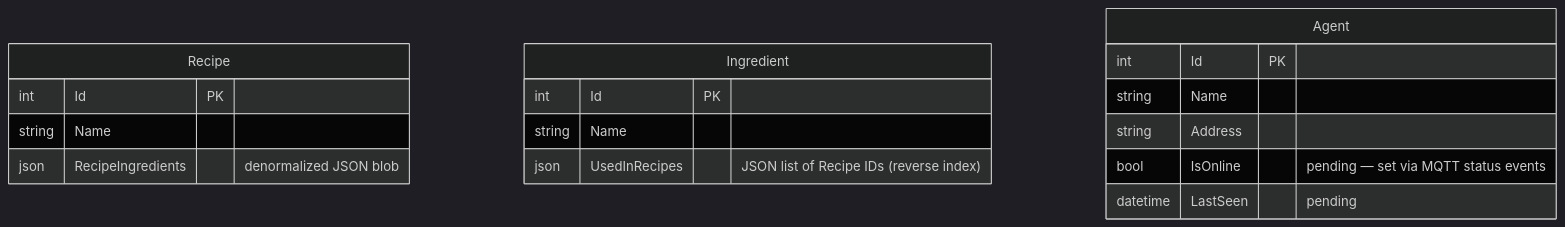
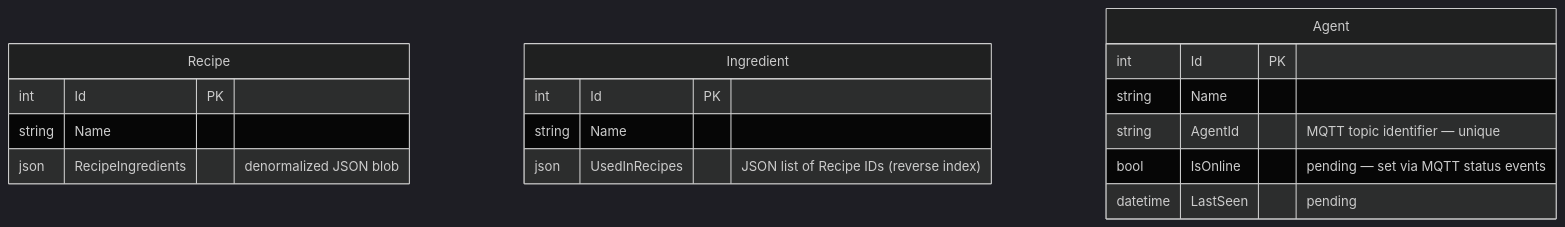
One commit to codeiakofficial/cocktailmaker changed the sixth of 6 diagrams in docs/architecture.md. Above: the diagram before and after it, drawn with Mermaid (dark theme). The commit also changed other lines of this file and 5 other files, not shown here.

````diff
--- a/docs/architecture.md
+++ b/docs/architecture.md
@@ -102,20 +102,20 @@
 ```mermaid
 erDiagram
     Recipe {
         int     Id                  PK
         string  Name
         json    RecipeIngredients   "denormalized JSON blob"
     }
     Ingredient {
         int     Id              PK
         string  Name
         json    UsedInRecipes   "JSON list of Recipe IDs (reverse index)"
     }
     Agent {
         int     Id          PK
         string  Name
-        string  Address
+        string  AgentId     "MQTT topic identifier — unique"
         bool    IsOnline    "pending — set via MQTT status events"
         datetime LastSeen   "pending"
     }
 ```
````
